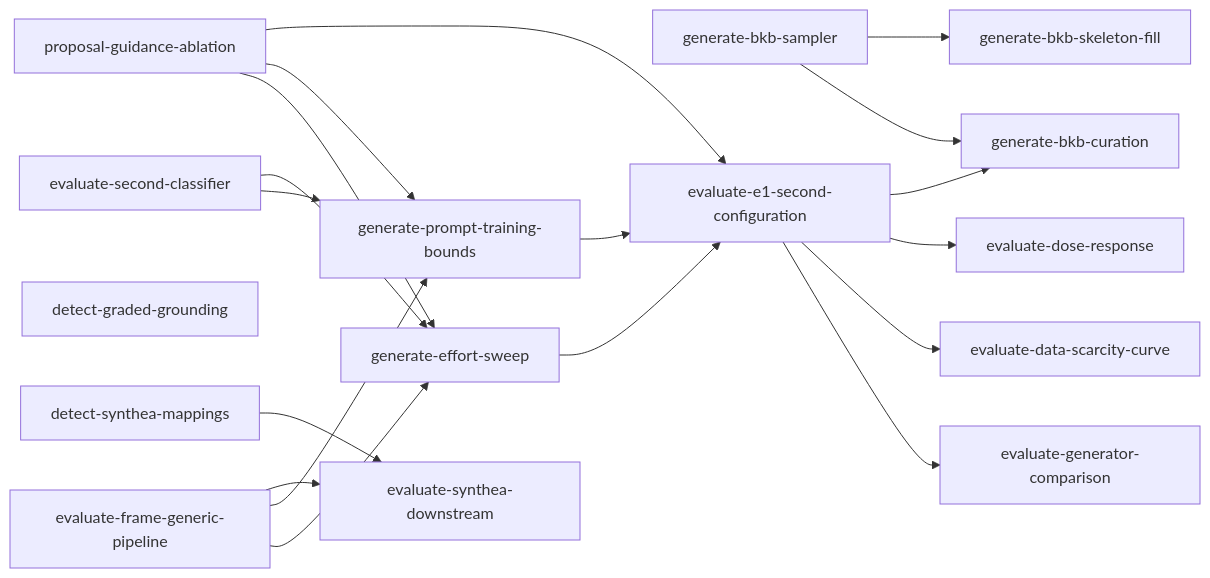
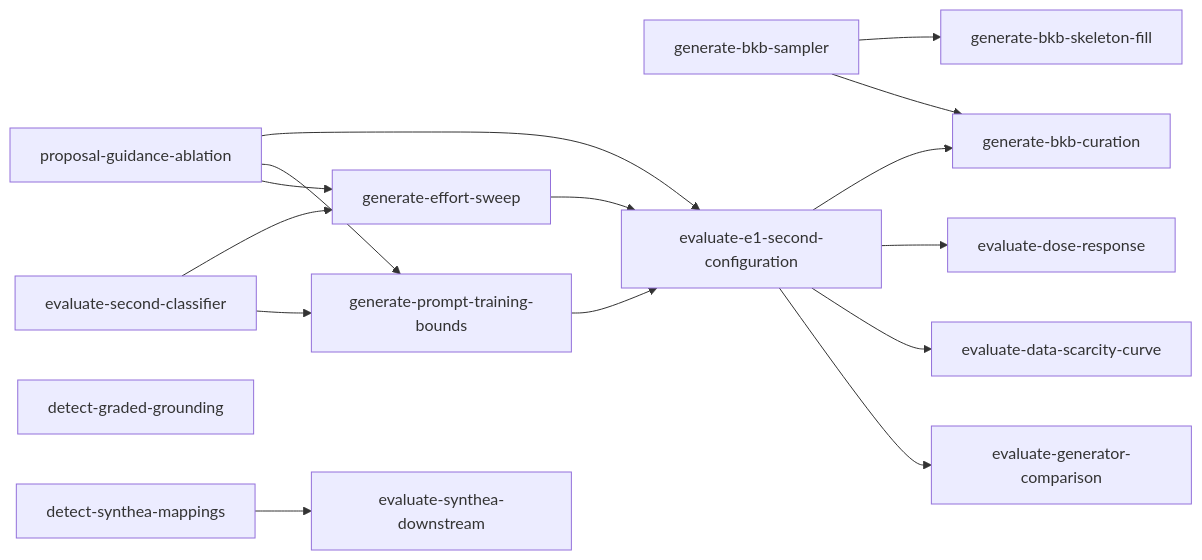
The diagram in tasks/experiments-index.md (joe-dartmouth/synthetic), drawn with Mermaid before and after one commit. The commit also changed other lines of this file and 47 other files, not shown here.

````diff
--- a/tasks/experiments-index.md
+++ b/tasks/experiments-index.md
@@ -52,21 +51,18 @@
 ```mermaid
 flowchart LR
     second_classifier[evaluate-second-classifier] --> effort_sweep[generate-effort-sweep]
     second_classifier[evaluate-second-classifier] --> prompt_bounds[generate-prompt-training-bounds]
     bkb_sampler[generate-bkb-sampler] --> skeleton_fill[generate-bkb-skeleton-fill]
     bkb_sampler[generate-bkb-sampler] --> bkb_curation[generate-bkb-curation]
     e1_second[evaluate-e1-second-configuration] --> bkb_curation[generate-bkb-curation]
     guidance_ablation[proposal-guidance-ablation] --> e1_second[evaluate-e1-second-configuration]
     guidance_ablation[proposal-guidance-ablation] --> prompt_bounds[generate-prompt-training-bounds]
     guidance_ablation[proposal-guidance-ablation] --> effort_sweep[generate-effort-sweep]
     prompt_bounds[generate-prompt-training-bounds] --> e1_second[evaluate-e1-second-configuration]
     effort_sweep[generate-effort-sweep] --> e1_second[evaluate-e1-second-configuration]
     e1_second[evaluate-e1-second-configuration] --> dose_response[evaluate-dose-response]
     e1_second[evaluate-e1-second-configuration] --> scarcity_curve[evaluate-data-scarcity-curve]
     e1_second[evaluate-e1-second-configuration] --> generator_comparison[evaluate-generator-comparison]
     graded_grounding[detect-graded-grounding]
     synthea_mappings[detect-synthea-mappings] --> synthea_downstream[evaluate-synthea-downstream]
-    frame_generic[evaluate-frame-generic-pipeline] --> synthea_downstream[evaluate-synthea-downstream]
-    frame_generic[evaluate-frame-generic-pipeline] --> prompt_bounds[generate-prompt-training-bounds]
-    frame_generic[evaluate-frame-generic-pipeline] --> effort_sweep[generate-effort-sweep]
 ```
````
